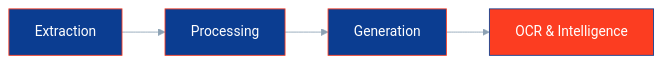
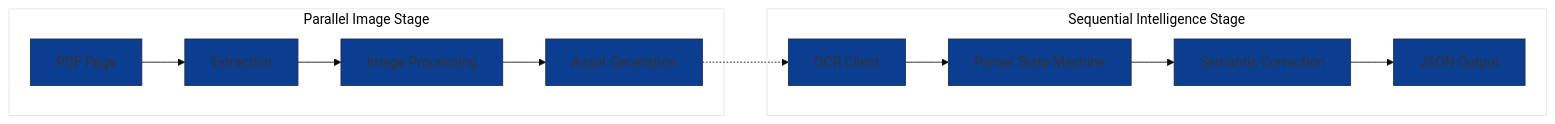
Before and after one commit to JeanLouisParent/Nasa-Transcript-Processor: the diagram in docs/PIPELINE.md, drawn with Mermaid. The commit also changed other lines of this file and 5 other files, not shown here.

````diff
--- a/docs/PIPELINE.md
+++ b/docs/PIPELINE.md
@@ -7,19 +8,16 @@
 ```mermaid
-%%{init: {'theme': 'base', 'themeVariables': {
-  'primaryColor': '#0B3D91',
-  'primaryTextColor': '#fff',
-  'primaryBorderColor': '#FC3D21',
-  'lineColor': '#8BA1B4',
-  'secondaryColor': '#8BA1B4',
-  'tertiaryColor': '#fff'
-}}}%%
+%%{init: {'theme': 'base', 'themeVariables': { 'primaryColor': '#0B3D91', 'secondaryColor': '#8BA1B4', 'tertiaryColor': '#fff' }}}%%
 flowchart LR
-    A[Extraction] --> B[Processing]
-    B --> C[Generation]
-    C --> D[OCR & Intelligence]
+    subgraph "Parallel Image Stage"
+    RAW[PDF Page] --> EXT[Extraction]
+    EXT --> IMG[Image Processing]
+    IMG --> OUT[Asset Generation]
+    end
 
-    style A fill:#0B3D91,stroke:#FC3D21,color:#fff
-    style B fill:#0B3D91,stroke:#FC3D21,color:#fff
-    style C fill:#0B3D91,stroke:#FC3D21,color:#fff
-    style D fill:#FC3D21,stroke:#0B3D91,color:#fff
+    subgraph "Sequential Intelligence Stage"
+    OUT -.-> OCR[OCR Client]
+    OCR --> PARSE[Parser State Machine]
+    PARSE --> CORR[Semantic Correction]
+    CORR --> JSON[JSON Output]
+    end
 ```
````
